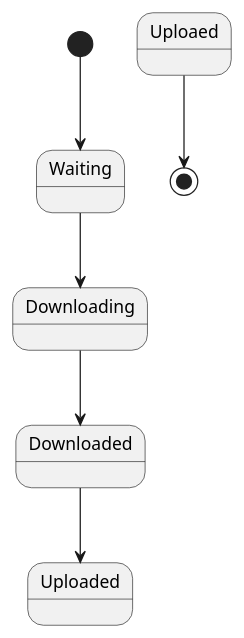
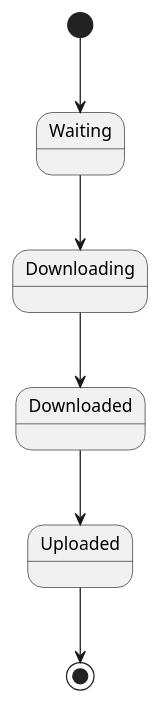
One commit to yanghoon/obsidian-workspace changed the diagram in _diary/2024-06-21.md. Above: the diagram before and after it, drawn with PlantUML.

Commit message:
vault backup: 2024-06-23 19:32:44

````diff
--- a/_diary/2024-06-21.md
+++ b/_diary/2024-06-21.md
@@ -52,11 +52,11 @@
 ```plantuml
 @startuml
 
 [*] --> Waiting
 Waiting --> Downloading
 Downloading --> Downloaded
 Downloaded --> Uploaded
-Uploaed -->[*] 
+Uploaded -->[*] 
 
 @enduml
 ```
````
